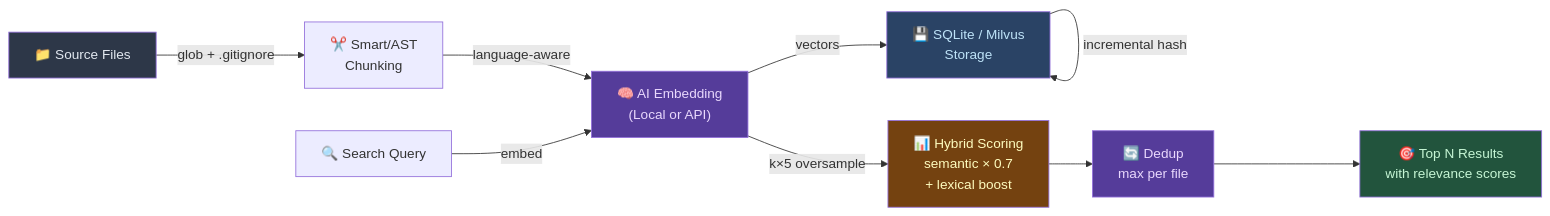
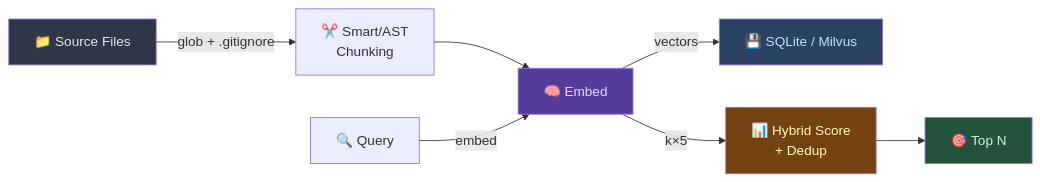
The second of 2 diagrams in README.md (bitkyc08-arch/semantic-code-mcp), drawn with Mermaid before and after one commit. The commit also changed other lines of this file, not shown here.

Commit message:
[agent] docs: restructure README, add fork attribution, enhance docs with mermaid

````diff
--- a/README.md
+++ b/README.md
@@ -100,19 +108,16 @@
 ```mermaid
 flowchart LR
     A["📁 Source Files"] -->|"glob + .gitignore"| B["✂️ Smart/AST<br/>Chunking"]
-    B -->|language-aware| C["🧠 AI Embedding<br/>(Local or API)"]
-    C -->|vectors| D["💾 SQLite / Milvus<br/>Storage"]
-    D -->|incremental hash| D
+    B --> C["🧠 Embed"]
+    C -->|vectors| D["💾 SQLite / Milvus"]
 
-    E["🔍 Search Query"] -->|embed| C
-    C -->|"k×5 oversample"| F["📊 Hybrid Scoring<br/>semantic × 0.7<br/>+ lexical boost"]
-    F --> DD["🔄 Dedup<br/>max per file"]
-    DD --> G["🎯 Top N Results<br/>with relevance scores"]
+    E["🔍 Query"] -->|embed| C
+    C -->|"k×5"| F["📊 Hybrid Score<br/>+ Dedup"]
+    F --> G["🎯 Top N"]
 
     style A fill:#2d3748,color:#e2e8f0
     style C fill:#553c9a,color:#e9d8fd
     style D fill:#2a4365,color:#bee3f8
     style F fill:#744210,color:#fefcbf
-    style DD fill:#553c9a,color:#e9d8fd
     style G fill:#22543d,color:#c6f6d5
 ```
````
